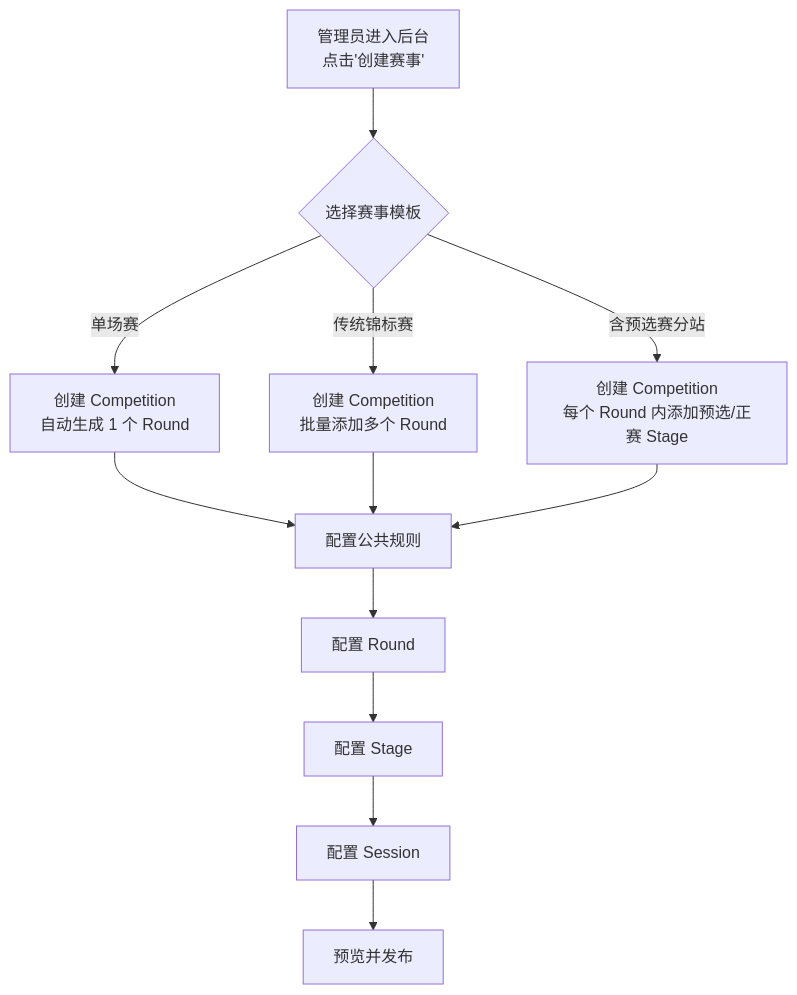
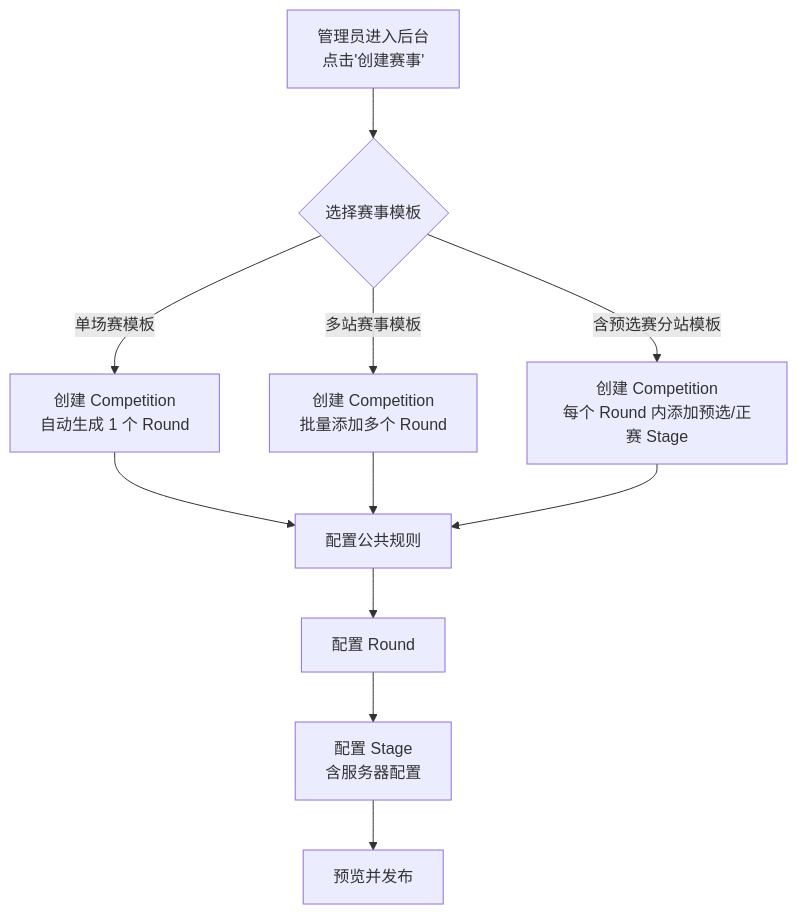
The fourth of 13 diagrams in PRD.md (SagaLinZP/Racing-Arcade), drawn with Mermaid before and after one commit. The commit also changed other lines of this file and 62 other files, not shown here.

First line of the commit message:
feat: 前台迁移到 Competition/Round/Stage/Split 四层模型 + UX 优化

````diff
--- a/PRD.md
+++ b/PRD.md
@@ -723,16 +790,15 @@
 ```mermaid
 flowchart TD
     A[管理员进入后台<br/>点击'创建赛事'] --> B{选择赛事模板}
 
-    B -->|单场赛| C[创建 Competition<br/>自动生成 1 个 Round]
-    B -->|传统锦标赛| D[创建 Competition<br/>批量添加多个 Round]
-    B -->|含预选赛分站| E[创建 Competition<br/>每个 Round 内添加预选/正赛 Stage]
+    B -->|单场赛模板| C[创建 Competition<br/>自动生成 1 个 Round]
+    B -->|多站赛事模板| D[创建 Competition<br/>批量添加多个 Round]
+    B -->|含预选赛分站模板| E[创建 Competition<br/>每个 Round 内添加预选/正赛 Stage]
 
     C --> F[配置公共规则]
     D --> F
     E --> F
     F --> G[配置 Round]
-    G --> H[配置 Stage]
-    H --> I[配置 Session]
-    I --> J[预览并发布]
+    G --> H[配置 Stage<br/>含服务器配置]
+    H --> J[预览并发布]
 ```
````
